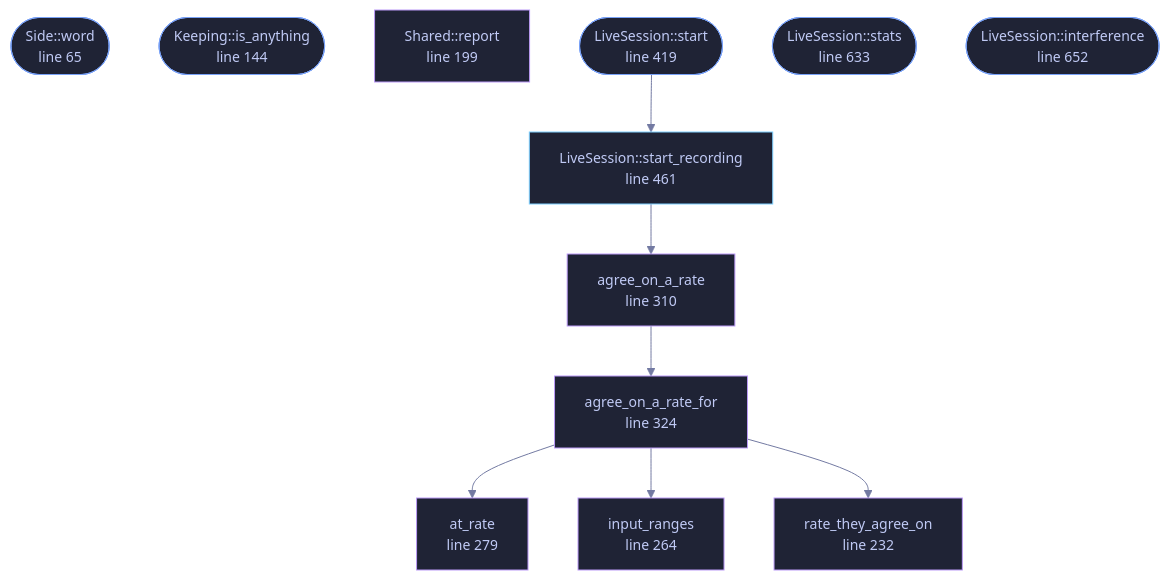
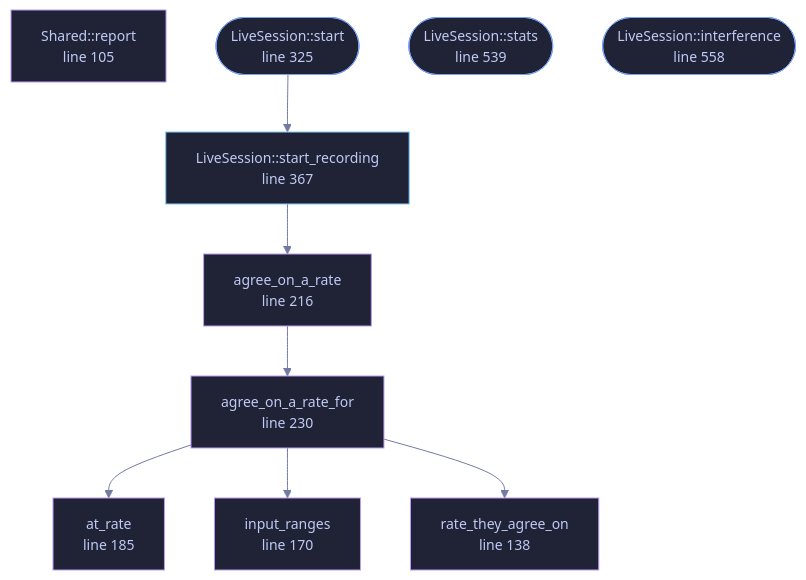
The diagram in docs/files/veilvoice-audio/live.md (tilas01/veilvoice), drawn with Mermaid before and after one commit. The commit also changed other lines of this file and 62 other files, not shown here.

````diff
--- a/docs/files/veilvoice-audio/live.md
+++ b/docs/files/veilvoice-audio/live.md
@@ -107,40 +101,36 @@
 ```mermaid
 %%{init: {"theme":"base","themeVariables":{"background":"#1a1b26","primaryColor":"#1f2335","primaryTextColor":"#c0caf5","primaryBorderColor":"#7aa2f7","secondaryColor":"#16161e","tertiaryColor":"#16161e","lineColor":"#737aa2","textColor":"#c0caf5","mainBkg":"#1f2335","nodeBorder":"#7aa2f7","clusterBkg":"#16161e","clusterBorder":"#2f3549","fontFamily":"ui-monospace, SFMono-Regular, Consolas, monospace","fontSize":"14px"}}}%%
 flowchart TD
-    n_word(["Side::word<br/>line 65"])
-    n_is_anything(["Keeping::is_anything<br/>line 144"])
-    n_report["Shared::report<br/>line 199"]
-    n_rate_they_agree_on["rate_they_agree_on<br/>line 232"]
-    n_input_ranges["input_ranges<br/>line 264"]
-    n_at_rate["at_rate<br/>line 279"]
-    n_agree_on_a_rate["agree_on_a_rate<br/>line 310"]
-    n_agree_on_a_rate_for["agree_on_a_rate_for<br/>line 324"]
-    n_start(["LiveSession::start<br/>line 419"])
-    n_start_recording["LiveSession::start_recording<br/>line 461"]
-    n_stats(["LiveSession::stats<br/>line 633"])
-    n_interference(["LiveSession::interference<br/>line 652"])
+    n_report["Shared::report<br/>line 105"]
+    n_rate_they_agree_on["rate_they_agree_on<br/>line 138"]
+    n_input_ranges["input_ranges<br/>line 170"]
+    n_at_rate["at_rate<br/>line 185"]
+    n_agree_on_a_rate["agree_on_a_rate<br/>line 216"]
+    n_agree_on_a_rate_for["agree_on_a_rate_for<br/>line 230"]
+    n_start(["LiveSession::start<br/>line 325"])
+    n_start_recording["LiveSession::start_recording<br/>line 367"]
+    n_stats(["LiveSession::stats<br/>line 539"])
+    n_interference(["LiveSession::interference<br/>line 558"])
     n_agree_on_a_rate --> n_agree_on_a_rate_for
     n_agree_on_a_rate_for --> n_at_rate
     n_agree_on_a_rate_for --> n_input_ranges
     n_agree_on_a_rate_for --> n_rate_they_agree_on
     n_start --> n_start_recording
     n_start_recording --> n_agree_on_a_rate
-    click n_word href "https://github.com/tilas01/veilvoice/blob/main/crates/veilvoice-audio/src/live.rs#L65" "open the source"
-    click n_is_anything href "https://github.com/tilas01/veilvoice/blob/main/crates/veilvoice-audio/src/live.rs#L144" "open the source"
-    click n_report href "https://github.com/tilas01/veilvoice/blob/main/crates/veilvoice-audio/src/live.rs#L199" "open the source"
-    click n_rate_they_agree_on href "https://github.com/tilas01/veilvoice/blob/main/crates/veilvoice-audio/src/live.rs#L232" "open the source"
-    click n_input_ranges href "https://github.com/tilas01/veilvoice/blob/main/crates/veilvoice-audio/src/live.rs#L264" "open the source"
-    click n_at_rate href "https://github.com/tilas01/veilvoice/blob/main/crates/veilvoice-audio/src/live.rs#L279" "open the source"
-    click n_agree_on_a_rate href "https://github.com/tilas01/veilvoice/blob/main/crates/veilvoice-audio/src/live.rs#L310" "open the source"
-    click n_agree_on_a_rate_for href "https://github.com/tilas01/veilvoice/blob/main/crates/veilvoice-audio/src/live.rs#L324" "open the source"
-    click n_start href "https://github.com/tilas01/veilvoice/blob/main/crates/veilvoice-audio/src/live.rs#L419" "open the source"
-    click n_start_recording href "https://github.com/tilas01/veilvoice/blob/main/crates/veilvoice-audio/src/live.rs#L461" "open the source"
-    click n_stats href "https://github.com/tilas01/veilvoice/blob/main/crates/veilvoice-audio/src/live.rs#L633" "open the source"
-    click n_interference href "https://github.com/tilas01/veilvoice/blob/main/crates/veilvoice-audio/src/live.rs#L652" "open the source"
+    click n_report href "https://github.com/tilas01/veilvoice/blob/main/crates/veilvoice-audio/src/live.rs#L105" "open the source"
+    click n_rate_they_agree_on href "https://github.com/tilas01/veilvoice/blob/main/crates/veilvoice-audio/src/live.rs#L138" "open the source"
+    click n_input_ranges href "https://github.com/tilas01/veilvoice/blob/main/crates/veilvoice-audio/src/live.rs#L170" "open the source"
+    click n_at_rate href "https://github.com/tilas01/veilvoice/blob/main/crates/veilvoice-audio/src/live.rs#L185" "open the source"
+    click n_agree_on_a_rate href "https://github.com/tilas01/veilvoice/blob/main/crates/veilvoice-audio/src/live.rs#L216" "open the source"
+    click n_agree_on_a_rate_for href "https://github.com/tilas01/veilvoice/blob/main/crates/veilvoice-audio/src/live.rs#L230" "open the source"
+    click n_start href "https://github.com/tilas01/veilvoice/blob/main/crates/veilvoice-audio/src/live.rs#L325" "open the source"
+    click n_start_recording href "https://github.com/tilas01/veilvoice/blob/main/crates/veilvoice-audio/src/live.rs#L367" "open the source"
+    click n_stats href "https://github.com/tilas01/veilvoice/blob/main/crates/veilvoice-audio/src/live.rs#L539" "open the source"
+    click n_interference href "https://github.com/tilas01/veilvoice/blob/main/crates/veilvoice-audio/src/live.rs#L558" "open the source"
     classDef entry fill:#1f2335,stroke:#7aa2f7,color:#c0caf5
-    class n_word,n_is_anything,n_start,n_stats,n_interference entry
+    class n_start,n_stats,n_interference entry
     classDef api fill:#1f2335,stroke:#7dcfff,color:#c0caf5
     class n_start_recording api
     classDef helper fill:#1f2335,stroke:#bb9af7,color:#c0caf5
     class n_report,n_rate_they_agree_on,n_input_ranges,n_at_rate,n_agree_on_a_rate,n_agree_on_a_rate_for helper
 ```
````
